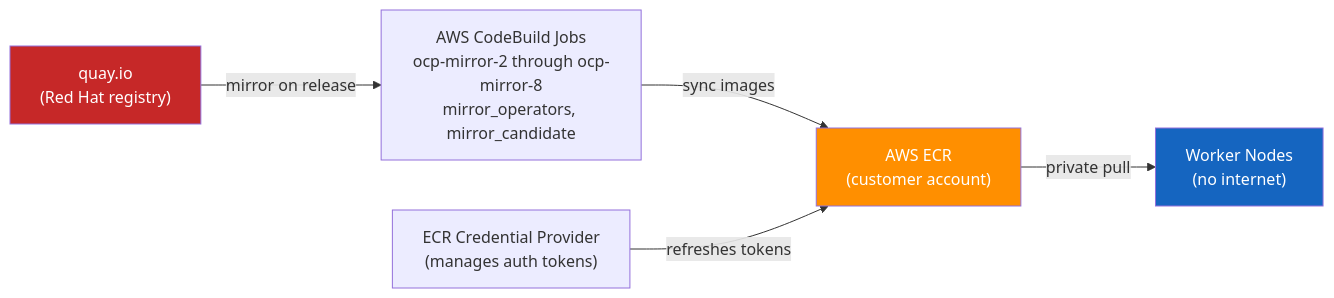
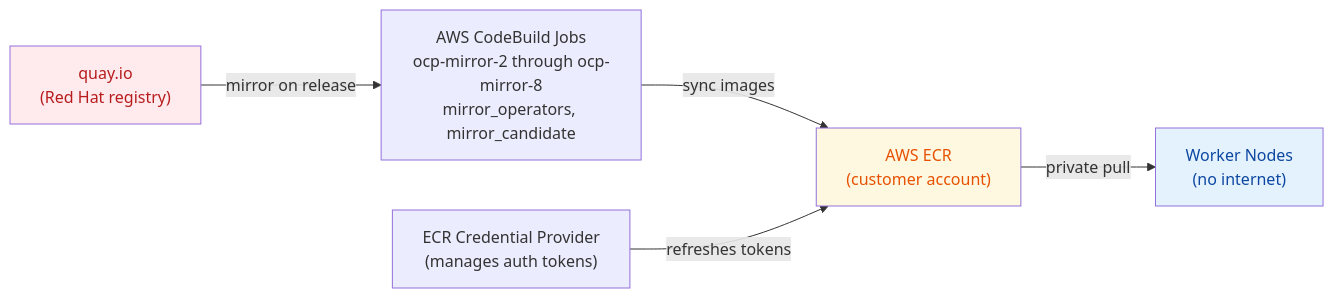
The fourth of 5 diagrams in docs/networking.md (mcipamo/hcp-study-guide), drawn with Mermaid before and after one commit. The commit also changed 61 other files, not shown here.

Commit message:
Fix diagram readability: light backgrounds + dark text; fix logo

````diff
--- a/docs/networking.md
+++ b/docs/networking.md
@@ -117,17 +117,17 @@
 ```mermaid
 graph LR
     Q["quay.io\n(Red Hat registry)"]
     CB["AWS CodeBuild Jobs\nocp-mirror-2 through ocp-mirror-8\nmirror_operators, mirror_candidate"]
     ECR["AWS ECR\n(customer account)"]
     W["Worker Nodes\n(no internet)"]
     CRED["ECR Credential Provider\n(manages auth tokens)"]
 
     Q -->|"mirror on release"| CB
     CB -->|"sync images"| ECR
     ECR -->|"private pull"| W
     CRED -->|"refreshes tokens"| ECR
 
-    style Q fill:#c62828,color:#fff
-    style ECR fill:#ff8f00,color:#fff
-    style W fill:#1565c0,color:#fff
+    style Q fill:#ffebee,color:#b71c1c
+    style ECR fill:#fff8e1,color:#e65100
+    style W fill:#e3f2fd,color:#0d47a1
 ```
````
